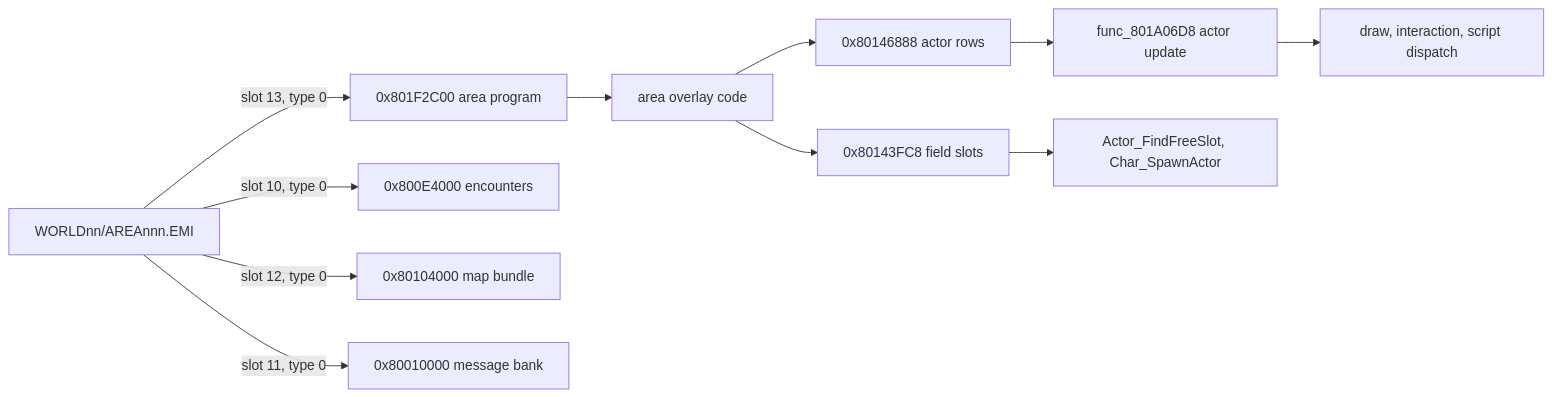
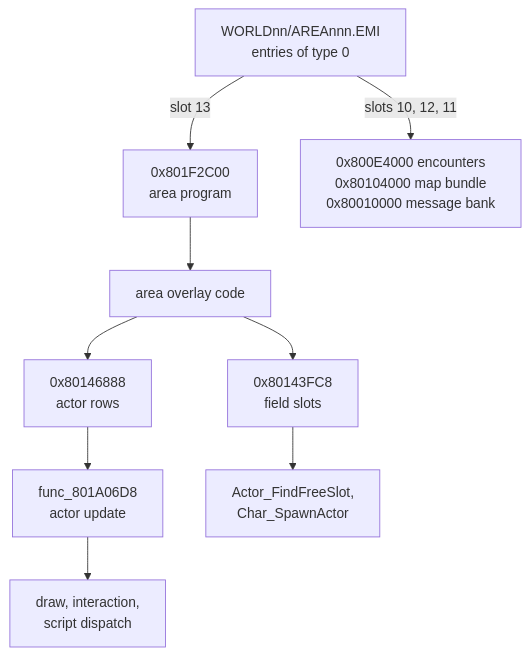
The diagram in src/content/docs/data/field.md (kerokline/bof3-wiki), drawn with Mermaid before and after one commit. The commit also changed 13 other files, not shown here.

Commit message:
docs: redraw the diagrams to fit the page column at full text size

````diff
--- a/src/content/docs/data/field.md
+++ b/src/content/docs/data/field.md
@@ -33,13 +33,11 @@
 ```mermaid
-flowchart LR
-    A["WORLDnn/AREAnnn.EMI"] -->|"slot 13, type 0"| B["0x801F2C00 area program"]
-    A -->|"slot 10, type 0"| C["0x800E4000 encounters"]
-    A -->|"slot 12, type 0"| D["0x80104000 map bundle"]
-    A -->|"slot 11, type 0"| E["0x80010000 message bank"]
+flowchart TD
+    A["WORLDnn/AREAnnn.EMI<br/>entries of type 0"] -->|"slot 13"| B["0x801F2C00<br/>area program"]
+    A -->|"slots 10, 12, 11"| X["0x800E4000 encounters<br/>0x80104000 map bundle<br/>0x80010000 message bank"]
     B --> F["area overlay code"]
-    F --> G["0x80146888 actor rows"]
-    F --> H["0x80143FC8 field slots"]
-    G --> I["func_801A06D8 actor update"]
-    H --> J["Actor_FindFreeSlot, Char_SpawnActor"]
-    I --> K["draw, interaction, script dispatch"]
+    F --> G["0x80146888<br/>actor rows"]
+    F --> H["0x80143FC8<br/>field slots"]
+    G --> I["func_801A06D8<br/>actor update"]
+    H --> J["Actor_FindFreeSlot,<br/>Char_SpawnActor"]
+    I --> K["draw, interaction,<br/>script dispatch"]
 ```
````
